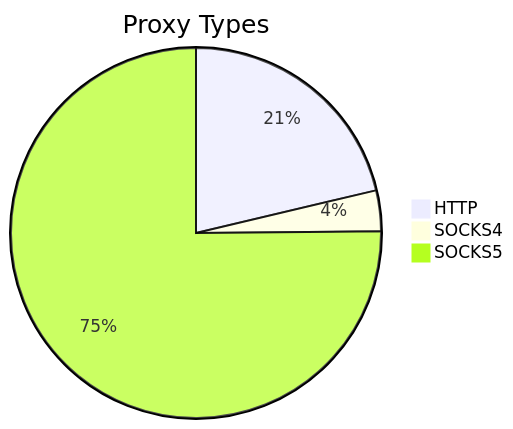
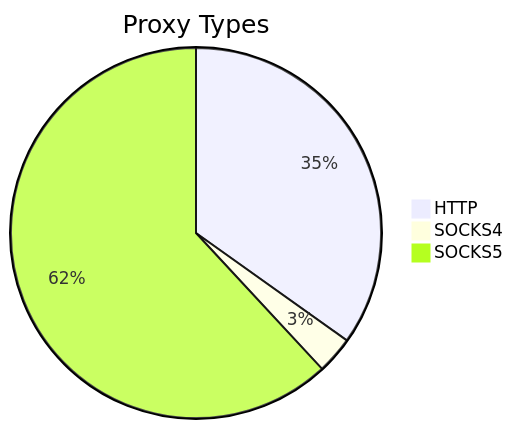
One commit to stormsia/proxy-list changed the first of 2 diagrams in README.md. Above: the diagram before and after it, drawn with Mermaid. The commit also changed other lines of this file, not shown here.

````diff
--- a/README.md
+++ b/README.md
@@ -21,6 +21,6 @@
 ```mermaid
 pie title Proxy Types
-    "HTTP" : 174
-    "SOCKS4" : 29
-    "SOCKS5" : 614
+    "HTTP" : 161
+    "SOCKS4" : 15
+    "SOCKS5" : 286
 ```
````
